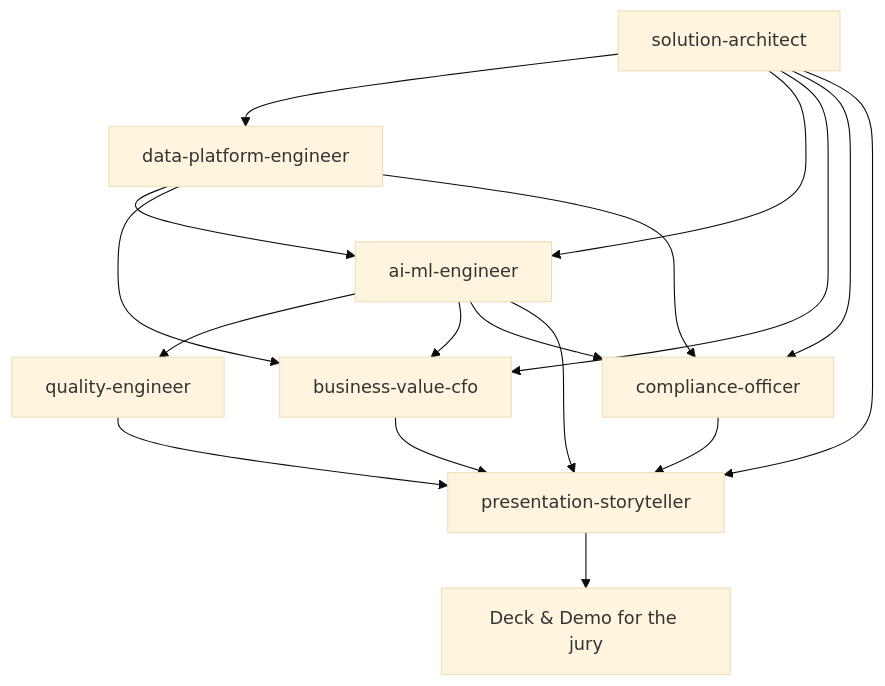
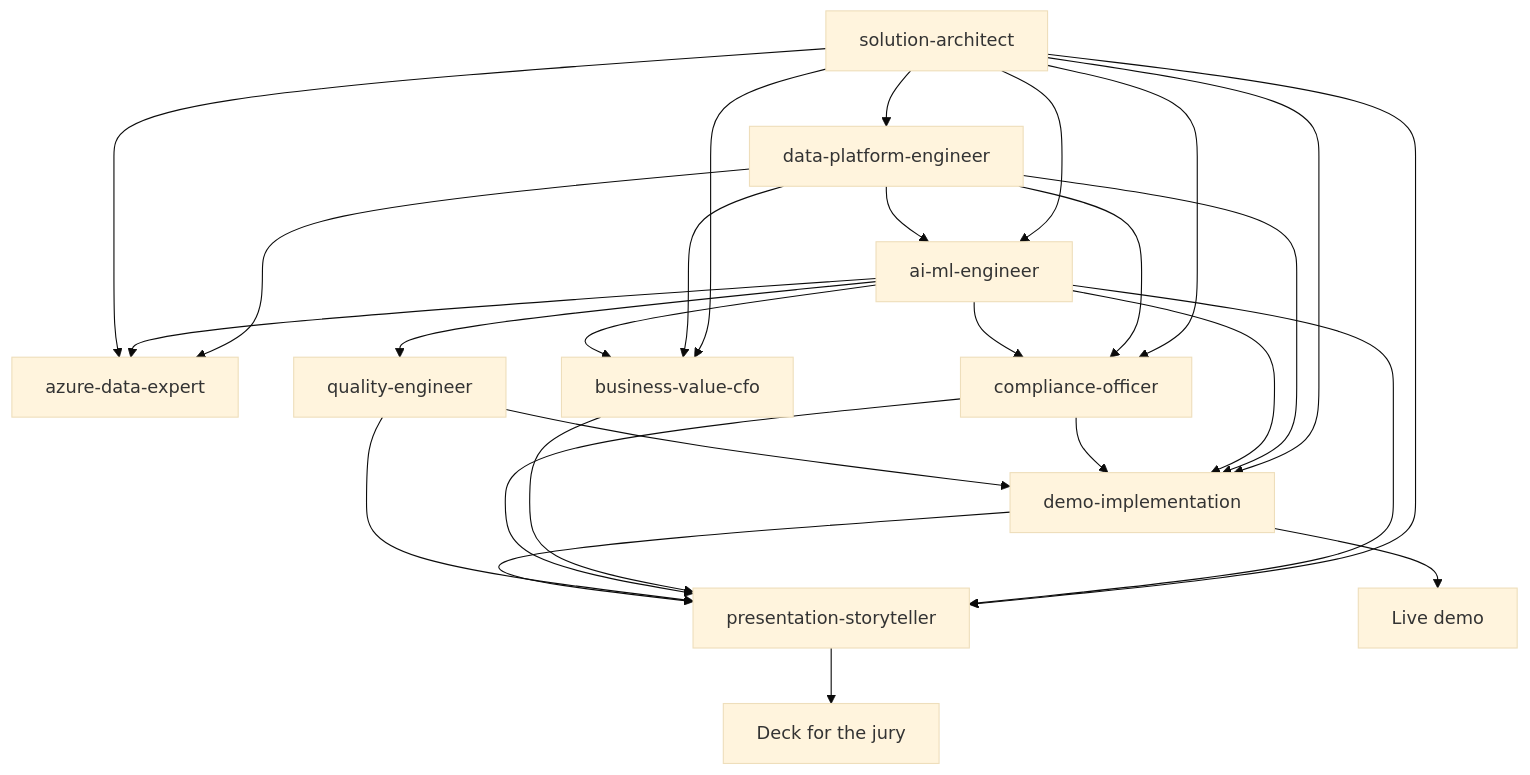
The diagram in documentation/work/09-github-agents.md (frkim/NovaSteel), drawn with Mermaid (base theme) before and after one commit. The commit also changed other lines of this file and 13 other files, not shown here.

````diff
--- a/documentation/work/09-github-agents.md
+++ b/documentation/work/09-github-agents.md
@@ -27,19 +34,29 @@
 ```mermaid
 flowchart TD
     SA[solution-architect] --> DP[data-platform-engineer]
     SA --> AI[ai-ml-engineer]
     DP --> AI
+    DP --> DX[azure-data-expert]
+    AI --> DX
+    SA --> DX
     AI --> QE[quality-engineer]
     SA --> BV[business-value-cfo]
     DP --> BV
     AI --> BV
     SA --> CO[compliance-officer]
     DP --> CO
     AI --> CO
+    SA --> DI[demo-implementation]
+    DP --> DI
+    AI --> DI
+    CO --> DI
+    QE --> DI
     SA --> PS[presentation-storyteller]
     AI --> PS
     BV --> PS
     CO --> PS
     QE --> PS
-    PS --> DECK[Deck & Demo for the jury]
+    DI --> PS
+    DI --> DEMO[Live demo]
+    PS --> DECK[Deck for the jury]
 ```
````
